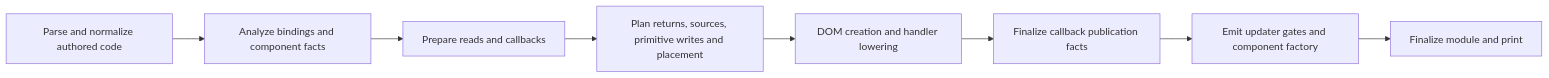
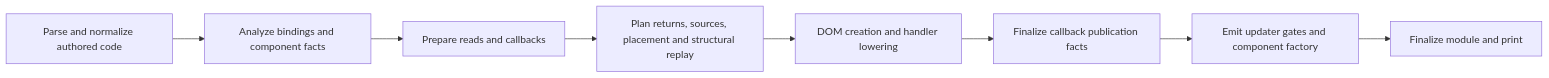
Before and after one commit to snrraptopack/memo-exp: the diagram in docs/compiler-architecture.md, drawn with Mermaid. The commit also changed other lines of this file and 21 other files, not shown here.

Commit message:
refactor(compiler): capture structural replay facts before emission

````diff
--- a/docs/compiler-architecture.md
+++ b/docs/compiler-architecture.md
@@ -17,10 +17,10 @@
 ```mermaid
 flowchart LR
   A[Parse and normalize authored code] --> B[Analyze bindings and component facts]
   B --> C[Prepare reads and callbacks]
-  C --> D[Plan returns, sources, primitive writes and placement]
+  C --> D[Plan returns, sources, placement and structural replay]
   D --> E[DOM creation and handler lowering]
   E --> P[Finalize callback publication facts]
   P --> U[Emit updater gates and component factory]
   U --> F[Finalize module and print]
 ```
````
